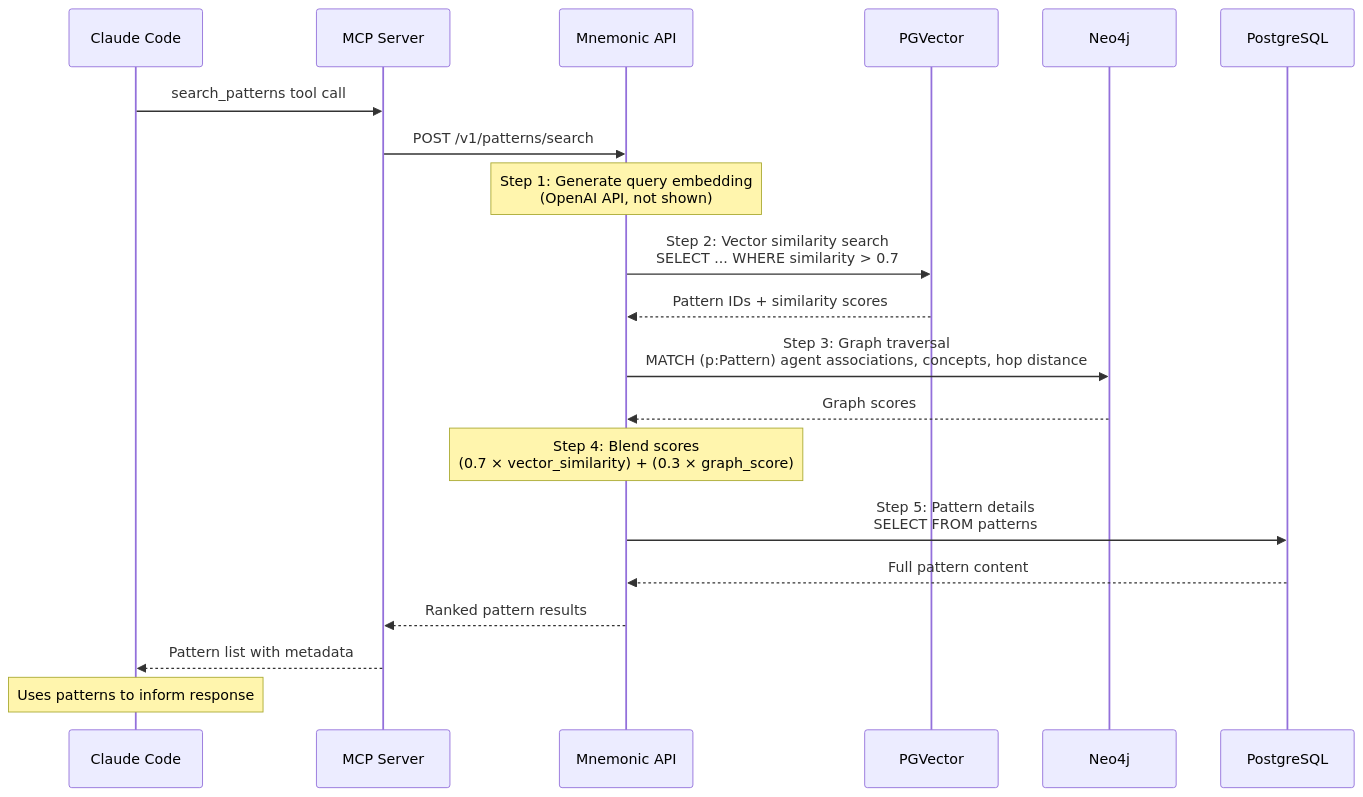
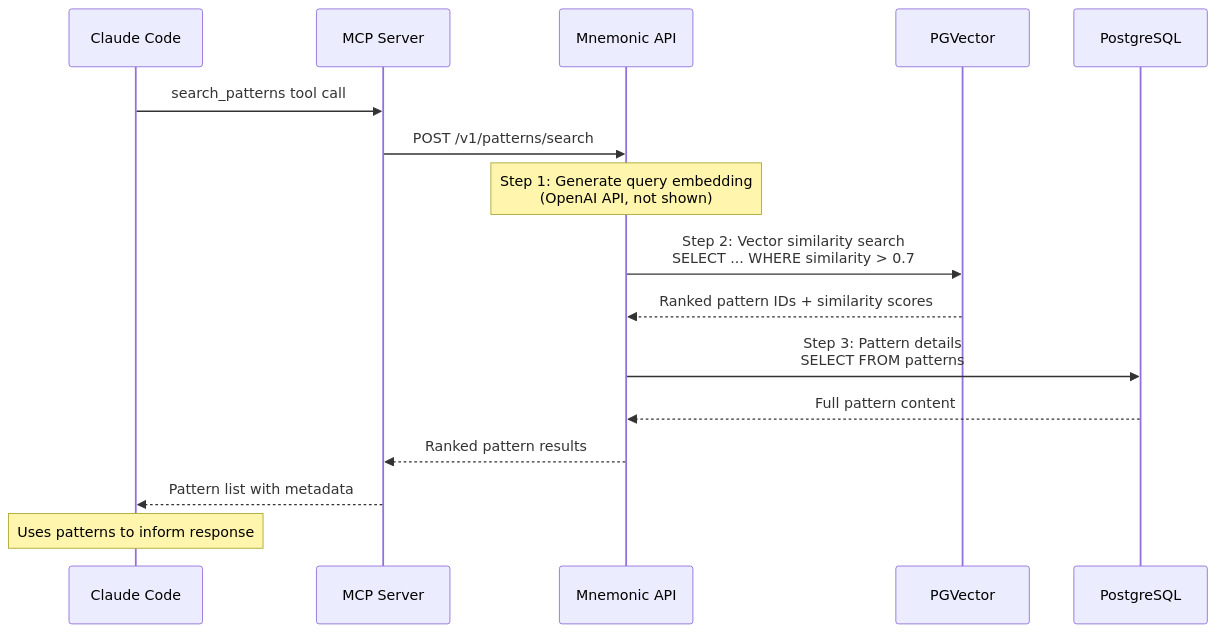
One commit to twistingmercury/mnemonic-mcp changed the fourth of 4 diagrams in docs/architecture/05-database-integration-flow.md. Above: the diagram before and after it, drawn with Mermaid. The commit also changed other lines of this file and 5 other files, not shown here.

````diff
--- a/docs/architecture/05-database-integration-flow.md
+++ b/docs/architecture/05-database-integration-flow.md
@@ -415,30 +376,24 @@
 ```mermaid
 sequenceDiagram
     participant CC as Claude Code
     participant MCP as MCP Server
     participant API as Mnemonic API
     participant PGV as PGVector
-    participant Neo as Neo4j
     participant PG as PostgreSQL
 
     CC->>MCP: search_patterns tool call
     MCP->>API: POST /v1/patterns/search
 
     Note over API: Step 1: Generate query embedding<br/>(OpenAI API, not shown)
 
     API->>PGV: Step 2: Vector similarity search<br/>SELECT ... WHERE similarity > 0.7
-    PGV-->>API: Pattern IDs + similarity scores
+    PGV-->>API: Ranked pattern IDs + similarity scores
 
-    API->>Neo: Step 3: Graph traversal<br/>MATCH (p:Pattern) agent associations, concepts, hop distance
-    Neo-->>API: Graph scores
-
-    Note over API: Step 4: Blend scores<br/>(0.7 × vector_similarity) + (0.3 × graph_score)
-
-    API->>PG: Step 5: Pattern details<br/>SELECT FROM patterns
+    API->>PG: Step 3: Pattern details<br/>SELECT FROM patterns
     PG-->>API: Full pattern content
 
     API-->>MCP: Ranked pattern results
     MCP-->>CC: Pattern list with metadata
 
     Note over CC: Uses patterns to inform response
 ```
````
